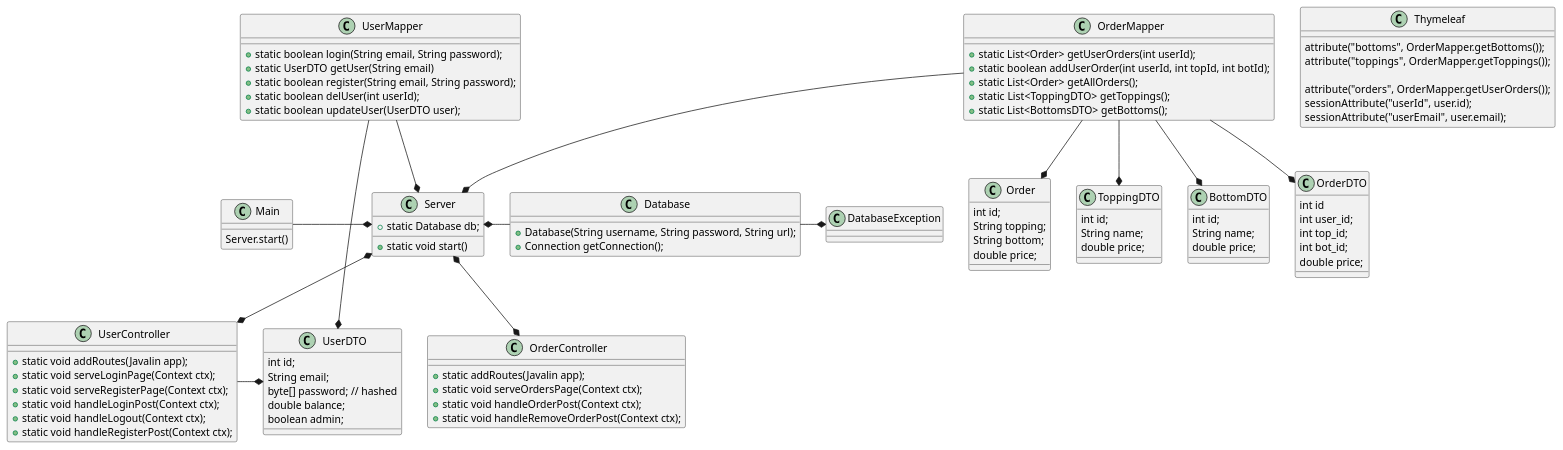
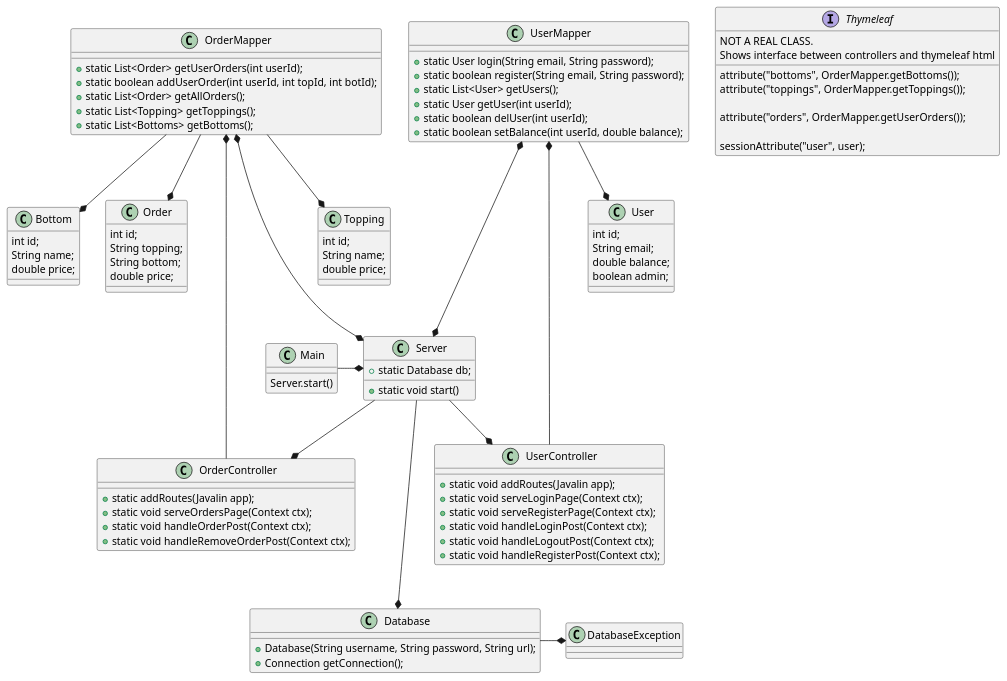
The diagram in doc/class.puml (AsgerLA/SP2-cupcake), drawn with PlantUML before and after one commit. The commit also changed 1 other file, not shown here.

Commit message:
update class diagram and sql

```diff
--- a/doc/class.puml
+++ b/doc/class.puml
@@ -1,111 +1,106 @@
 @startuml
 
-class Thymeleaf {
+interface Thymeleaf {
+    NOT A REAL CLASS.
+    Shows interface between controllers and thymeleaf html
     attribute("bottoms", OrderMapper.getBottoms());
     attribute("toppings", OrderMapper.getToppings());
 
     attribute("orders", OrderMapper.getUserOrders());
 
+    sessionAttribute("user", user);
+}
 
-    sessionAttribute("userId", user.id);
-    sessionAttribute("userEmail", user.email);
-}
 class Main {
     Server.start()
 }
+
 class Server {
     + static Database db;
     + static void start()
 }
-
 
 class OrderController {
     + static addRoutes(Javalin app);
     + static void serveOrdersPage(Context ctx);
     + static void handleOrderPost(Context ctx);
     + static void handleRemoveOrderPost(Context ctx);
 }
 
-class UserDTO {
+class User {
     int id;
     String email;
-    byte[] password; // hashed
     double balance;
     boolean admin;
 }
 
 class UserMapper {
-    + static boolean login(String email, String password);
-    + static UserDTO getUser(String email)
+    + static User login(String email, String password);
     + static boolean register(String email, String password);
+    + static List<User> getUsers();
+    + static User getUser(int userId);
     + static boolean delUser(int userId);
-    + static boolean updateUser(UserDTO user);
+    + static boolean setBalance(int userId, double balance);
 }
 
 class UserController {
     + static void addRoutes(Javalin app);
     + static void serveLoginPage(Context ctx);
     + static void serveRegisterPage(Context ctx);
     + static void handleLoginPost(Context ctx);
-    + static void handleLogout(Context ctx);
+    + static void handleLogoutPost(Context ctx);
     + static void handleRegisterPost(Context ctx);
 }
 
-class ToppingDTO {
+class Topping {
     int id;
     String name;
     double price;
 }
 
-class BottomDTO {
+class Bottom {
     int id;
     String name;
-    double price;
-}
-
-class OrderDTO {
-    int id
-    int user_id;
-    int top_id;
-    int bot_id;
     double price;
 }
 
 class Order {
     int id;
     String topping;
     String bottom;
     double price;
 }
 
 class OrderMapper {
     + static List<Order> getUserOrders(int userId);
     + static boolean addUserOrder(int userId, int topId, int botId);
     + static List<Order> getAllOrders();
-    + static List<ToppingDTO> getToppings();
-    + static List<BottomsDTO> getBottoms();
+    + static List<Topping> getToppings();
+    + static List<Bottoms> getBottoms();
 }
 
 class Database {
     + Database(String username, String password, String url);
     + Connection getConnection();
 }
+
 class DatabaseException {
 }
+
 Database -* DatabaseException
-Server *- Database
+Server ---* Database
 
 Main -* Server
-Server *--* UserController
-Server *--* OrderController
+Server --* UserController
+Server --* OrderController
+OrderMapper *---* Server
+OrderMapper *-- OrderController
+OrderMapper --* Topping
+OrderMapper --* Bottom
 OrderMapper --* Order
-OrderMapper --* Server
-OrderMapper --* ToppingDTO
-OrderMapper --* BottomDTO
-OrderMapper --* OrderDTO
-UserMapper --* Server
-UserMapper --* UserDTO
+UserMapper *---* Server
+UserMapper *-- UserController
+UserMapper --* User
 
-UserController -* UserDTO
 
 @enduml
```
